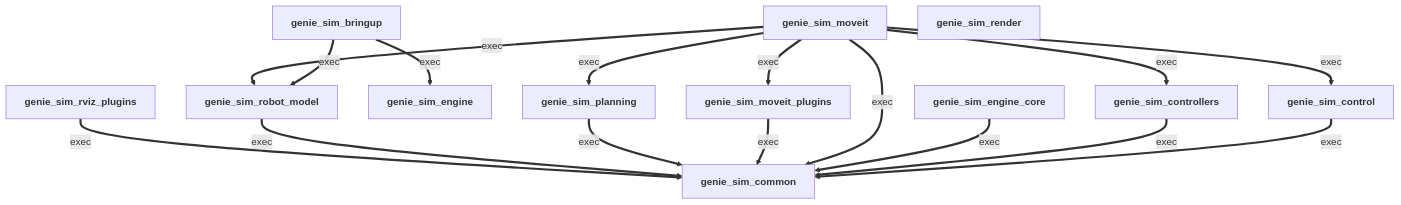
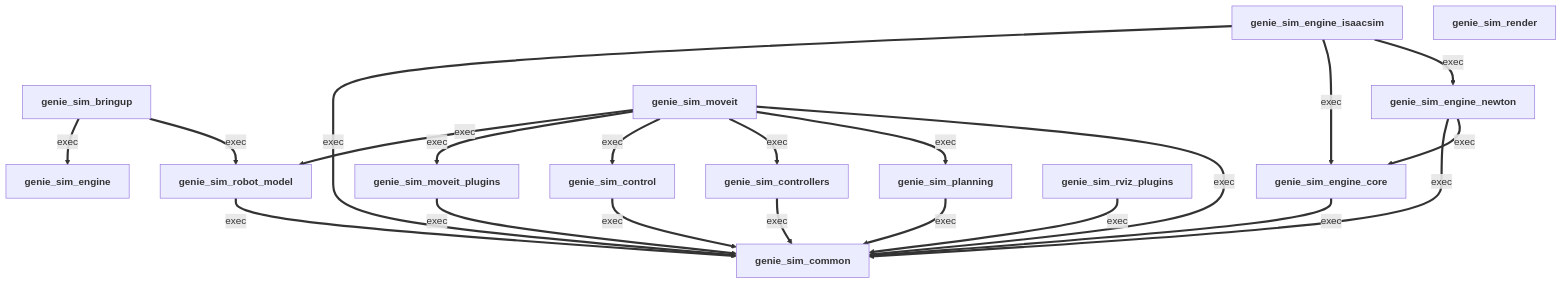
The diagram in source/geniesim_ros/README.md (AgibotTech/genie_sim), drawn with Mermaid before and after one commit. The commit also changed 173 other files, not shown here.

First line of the commit message:
feat(engine): integrate Isaac Sim and Newton backend packages

````diff
--- a/source/geniesim_ros/README.md
+++ b/source/geniesim_ros/README.md
@@ -221,36 +221,43 @@
 ```mermaid
 graph TD
   %% Auto-generated by `geniesim tool ros-dag --fix`.
   %% Edges: -->|build|/|buildtool| build-time deps;
   %%        ==>|exec| runtime deps; -.->|test| test deps.
   %% Source: source/geniesim_ros/src/ros_ws/src/*/package.xml.
 
   genie_sim_bringup["<b>genie_sim_bringup</b>"]
   genie_sim_common["<b>genie_sim_common</b>"]
   genie_sim_control["<b>genie_sim_control</b>"]
   genie_sim_controllers["<b>genie_sim_controllers</b>"]
   genie_sim_engine["<b>genie_sim_engine</b>"]
   genie_sim_engine_core["<b>genie_sim_engine_core</b>"]
+  genie_sim_engine_isaacsim["<b>genie_sim_engine_isaacsim</b>"]
+  genie_sim_engine_newton["<b>genie_sim_engine_newton</b>"]
   genie_sim_moveit["<b>genie_sim_moveit</b>"]
   genie_sim_moveit_plugins["<b>genie_sim_moveit_plugins</b>"]
   genie_sim_planning["<b>genie_sim_planning</b>"]
   genie_sim_render["<b>genie_sim_render</b>"]
   genie_sim_robot_model["<b>genie_sim_robot_model</b>"]
   genie_sim_rviz_plugins["<b>genie_sim_rviz_plugins</b>"]
 
   genie_sim_bringup ==>|exec| genie_sim_engine
   genie_sim_bringup ==>|exec| genie_sim_robot_model
   genie_sim_moveit ==>|exec| genie_sim_robot_model
   genie_sim_moveit ==>|exec| genie_sim_moveit_plugins
   genie_sim_moveit ==>|exec| genie_sim_control
   genie_sim_moveit ==>|exec| genie_sim_controllers
   genie_sim_moveit ==>|exec| genie_sim_planning
   genie_sim_control ==>|exec| genie_sim_common
   genie_sim_controllers ==>|exec| genie_sim_common
   genie_sim_engine_core ==>|exec| genie_sim_common
+  genie_sim_engine_isaacsim ==>|exec| genie_sim_common
+  genie_sim_engine_isaacsim ==>|exec| genie_sim_engine_core
+  genie_sim_engine_isaacsim ==>|exec| genie_sim_engine_newton
+  genie_sim_engine_newton ==>|exec| genie_sim_common
+  genie_sim_engine_newton ==>|exec| genie_sim_engine_core
   genie_sim_moveit ==>|exec| genie_sim_common
   genie_sim_moveit_plugins ==>|exec| genie_sim_common
   genie_sim_planning ==>|exec| genie_sim_common
   genie_sim_robot_model ==>|exec| genie_sim_common
   genie_sim_rviz_plugins ==>|exec| genie_sim_common
 ```
````
